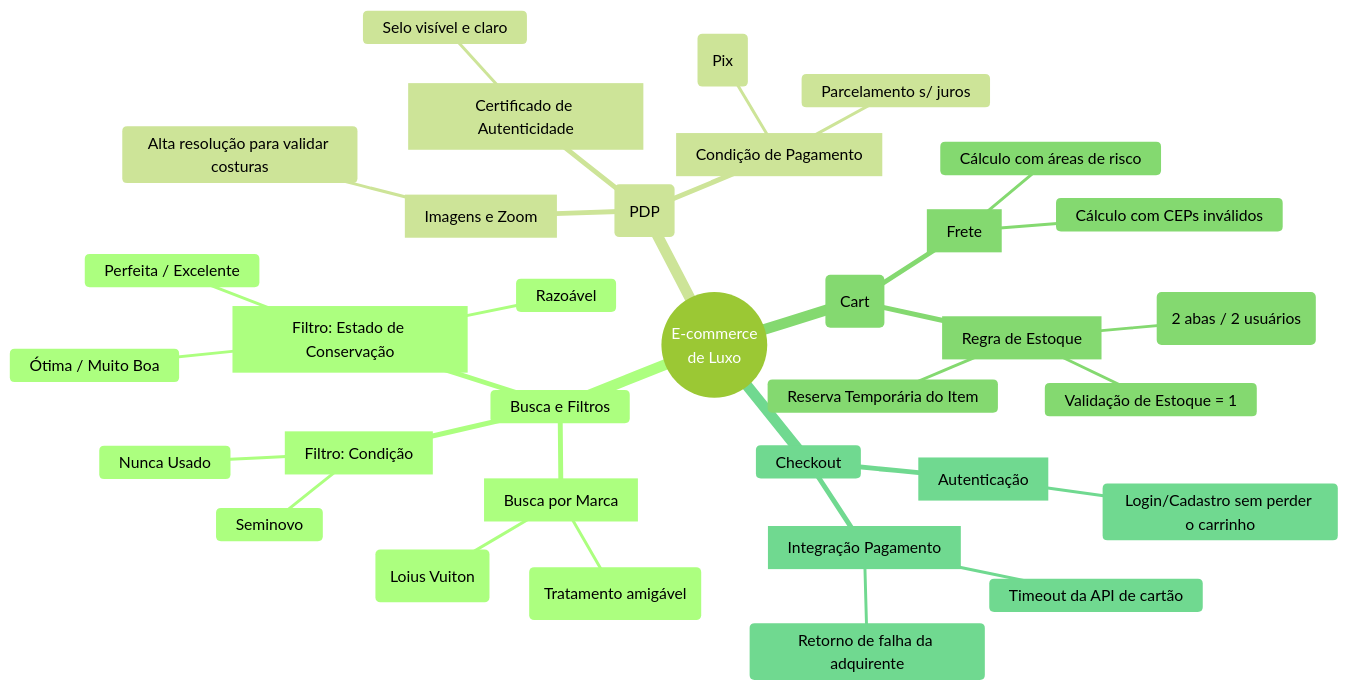
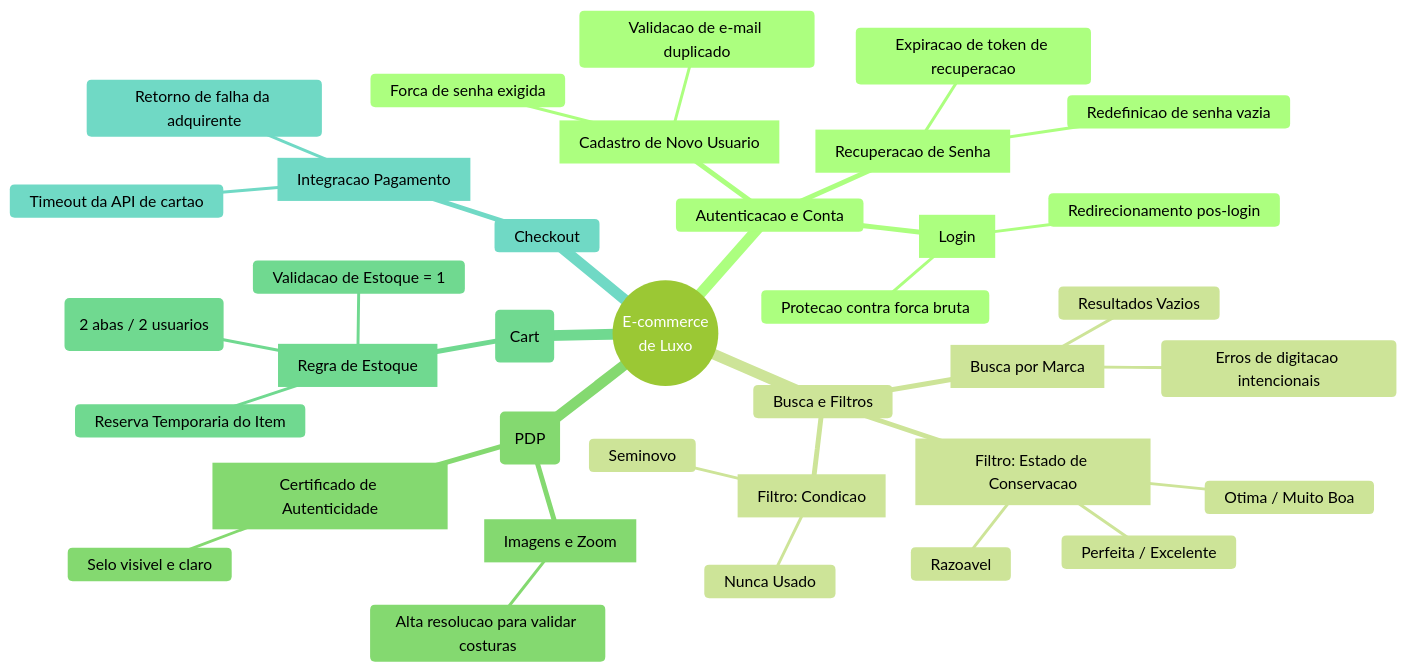
Before and after one commit to leovtavares/playwright-e2e-automation: the diagram in luxury-store/1_exploratory_mindmap.md, drawn with Mermaid (forest theme). The commit also changed other lines of this file and 5 other files, not shown here.

Commit message:
refactor: remove emojis e adiciona cenarios criticos de autenticacao (login, cadastro, recuperacao)

````diff
--- a/luxury-store/1_exploratory_mindmap.md
+++ b/luxury-store/1_exploratory_mindmap.md
@@ -11,37 +11,39 @@
 ```mermaid
 mindmap
   root((E-commerce<br/>de Luxo))
+    Autenticacao e Conta
+      [Cadastro de Novo Usuario]
+        Validacao de e-mail duplicado
+        Forca de senha exigida
+      [Login]
+        Protecao contra forca bruta
+        Redirecionamento pos-login
+      [Recuperacao de Senha]
+        Expiracao de token de recuperacao
+        Redefinicao de senha vazia
     Busca e Filtros
       [Busca por Marca]
-        Erros de digitação intencionais (Loius Vuiton)
-        Resultados Vazios (Tratamento amigável)
-      [Filtro: Condição]
+        Erros de digitacao intencionais
+        Resultados Vazios
+      [Filtro: Condicao]
         Nunca Usado
         Seminovo
-      [Filtro: Estado de Conservação]
+      [Filtro: Estado de Conservacao]
         Perfeita / Excelente
-        Ótima / Muito Boa
-        Razoável
-    Página de Produto (PDP)
+        Otima / Muito Boa
+        Razoavel
+    Pagina de Produto (PDP)
       [Imagens e Zoom]
-        Alta resolução para validar costuras
+        Alta resolucao para validar costuras
       [Certificado de Autenticidade]
-        Selo visível e claro
-      [Condição de Pagamento]
-        Desconto à vista (Pix)
-        Parcelamento s/ juros
+        Selo visivel e claro
     Carrinho (Cart)
       [Regra de Estoque]
-        Validação de Estoque = 1
-        Race Condition (2 abas / 2 usuários)
-        Reserva Temporária do Item
-      [Frete]
-        Cálculo com CEPs inválidos
-        Cálculo com áreas de risco
+        Validacao de Estoque = 1
+        Race Condition (2 abas / 2 usuarios)
+        Reserva Temporaria do Item
     Checkout
-      [Autenticação]
-        Login/Cadastro sem perder o carrinho
-      [Integração Pagamento]
+      [Integracao Pagamento]
         Retorno de falha da adquirente
-        Timeout da API de cartão
+        Timeout da API de cartao
 ```
````
